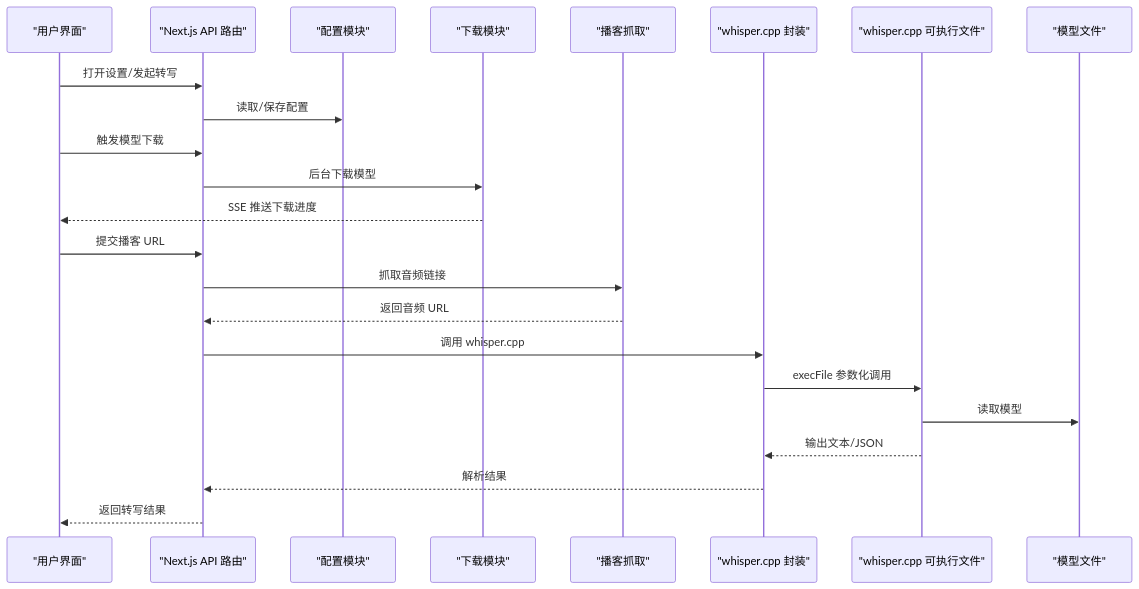
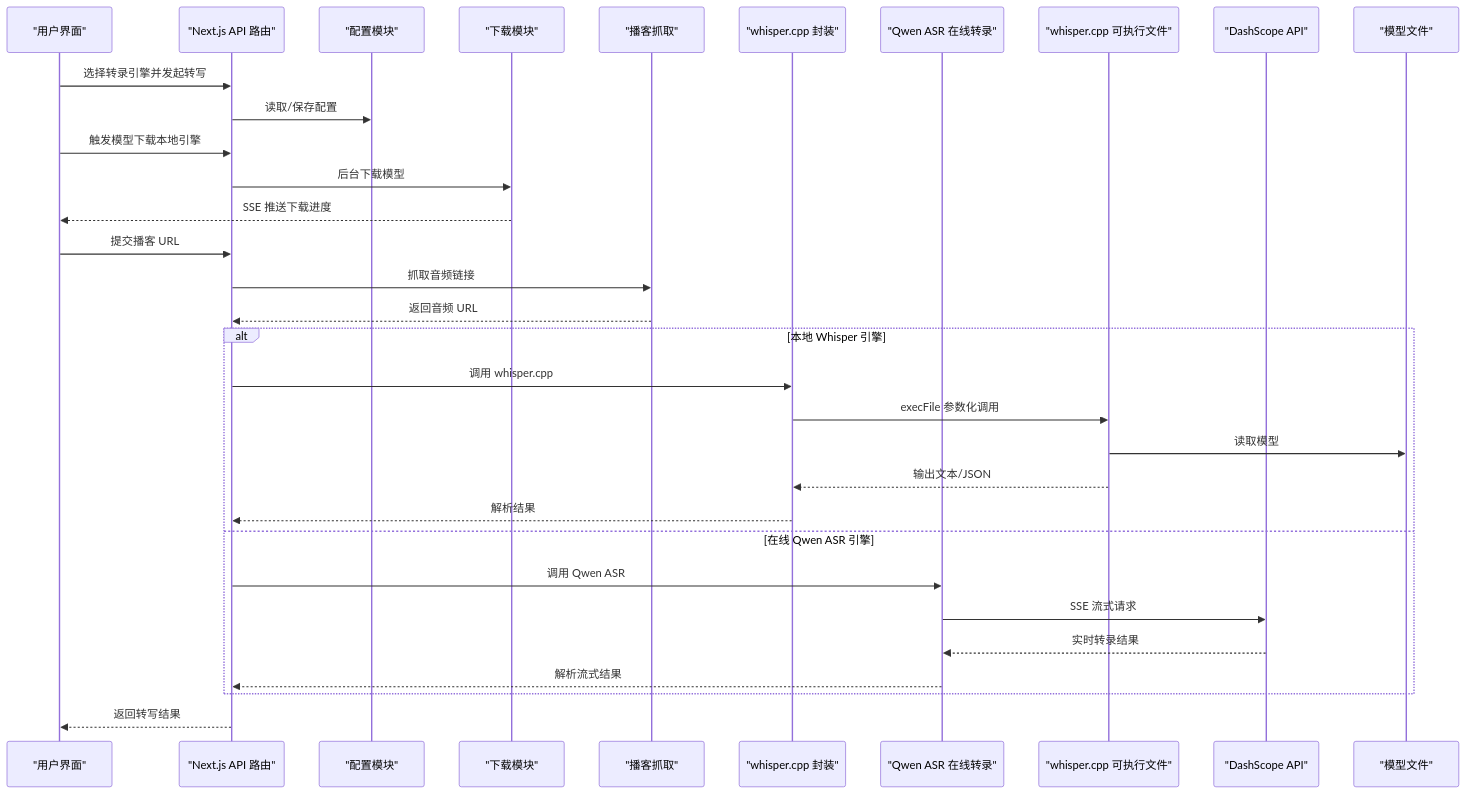
Before and after one commit to clawbotai/memo-flow: the second of 10 diagrams in .qoder/repowiki/zh/content/核心功能模块/语音识别引擎.md, drawn with Mermaid. The commit also changed other lines of this file and 4 other files, not shown here.

````diff
--- a/.qoder/repowiki/zh/content/核心功能模块/语音识别引擎.md
+++ b/.qoder/repowiki/zh/content/核心功能模块/语音识别引擎.md
@@ -112,25 +128,34 @@
 ```mermaid
 sequenceDiagram
 participant U as "用户界面"
 participant S as "Next.js API 路由"
 participant C as "配置模块"
 participant D as "下载模块"
 participant P as "播客抓取"
 participant W as "whisper.cpp 封装"
+participant Q as "Qwen ASR 在线转录"
 participant E as "whisper.cpp 可执行文件"
+participant A as "DashScope API"
 participant M as "模型文件"
-U->>S : 打开设置/发起转写
+U->>S : 选择转录引擎并发起转写
 S->>C : 读取/保存配置
-U->>S : 触发模型下载
+U->>S : 触发模型下载本地引擎
 S->>D : 后台下载模型
 D-->>U : SSE 推送下载进度
 U->>S : 提交播客 URL
 S->>P : 抓取音频链接
 P-->>S : 返回音频 URL
+alt 本地 Whisper 引擎
 S->>W : 调用 whisper.cpp
 W->>E : execFile 参数化调用
 E->>M : 读取模型
 E-->>W : 输出文本/JSON
 W-->>S : 解析结果
+else 在线 Qwen ASR 引擎
+S->>Q : 调用 Qwen ASR
+Q->>A : SSE 流式请求
+A-->>Q : 实时转录结果
+Q-->>S : 解析流式结果
+end
 S-->>U : 返回转写结果
 ```
````
